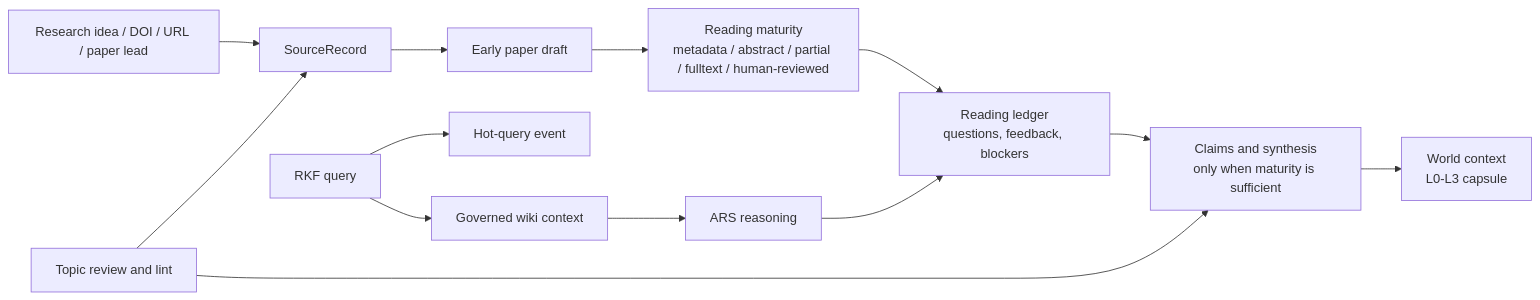
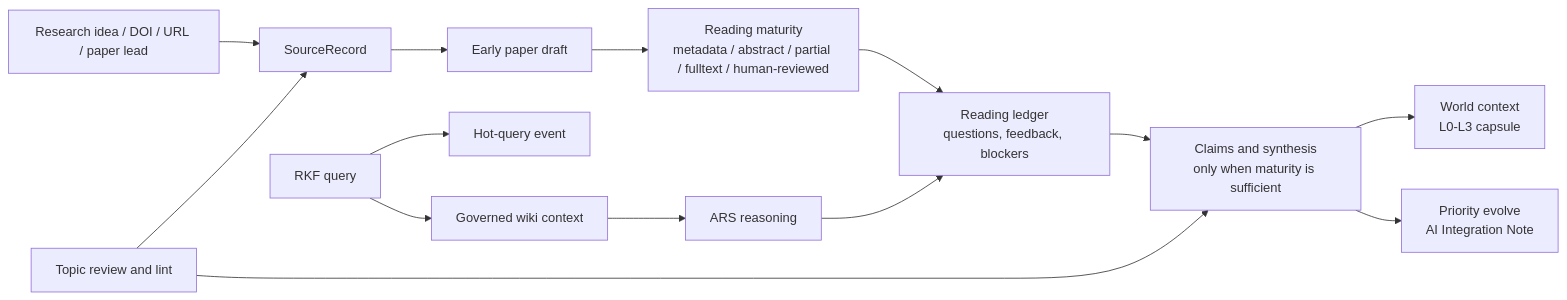
Before and after one commit to ChenHau-Lan/ResearchWiki: the diagram in README.md, drawn with Mermaid. The commit also changed other lines of this file and 7 other files, not shown here.

Commit message:
Add priority evolve integration flow

````diff
--- a/README.md
+++ b/README.md
@@ -61,15 +63,16 @@
 ```mermaid
 flowchart LR
     A["Research idea / DOI / URL / paper lead"] --> B["SourceRecord"]
     B --> C["Early paper draft"]
     C --> D["Reading maturity<br/>metadata / abstract / partial / fulltext / human-reviewed"]
     D --> E["Reading ledger<br/>questions, feedback, blockers"]
     E --> F["Claims and synthesis<br/>only when maturity is sufficient"]
     F --> G["World context<br/>L0-L3 capsule"]
+    F --> M["Priority evolve<br/>AI Integration Note"]
     H["RKF query"] --> I["Hot-query event"]
     H --> J["Governed wiki context"]
     J --> K["ARS reasoning"]
     K --> E
     L["Topic review and lint"] --> B
     L --> F
 ```
````
